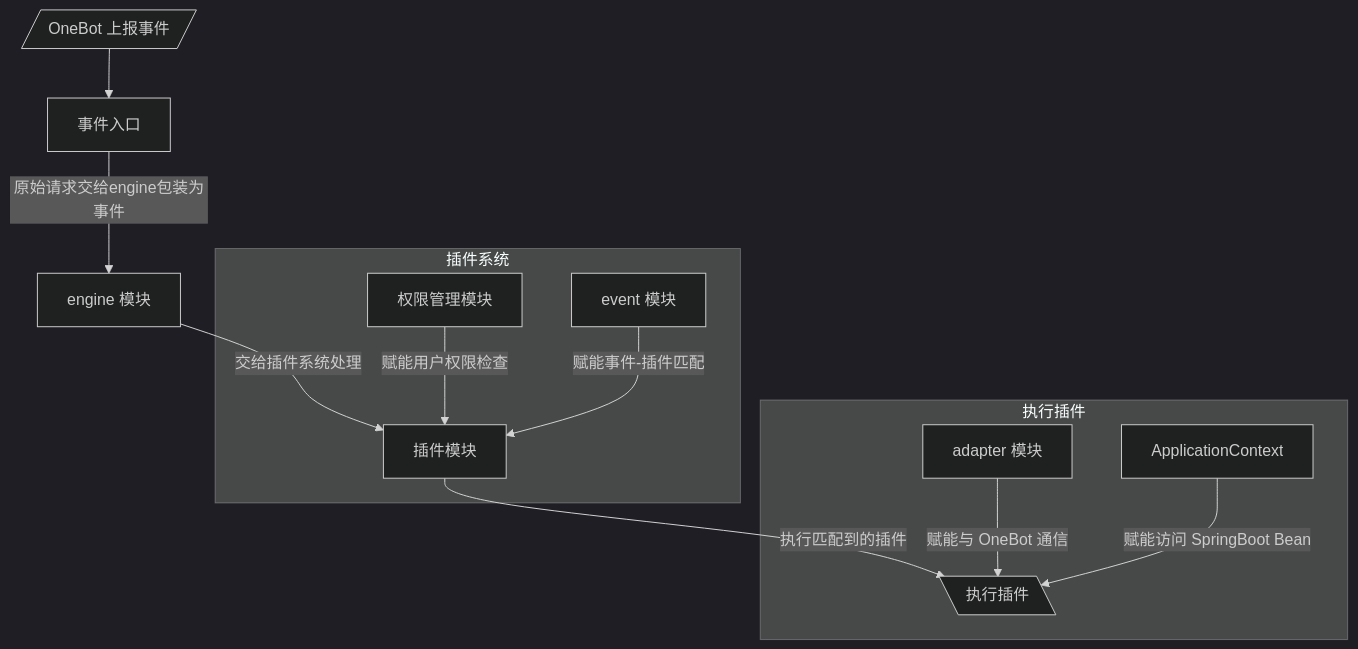
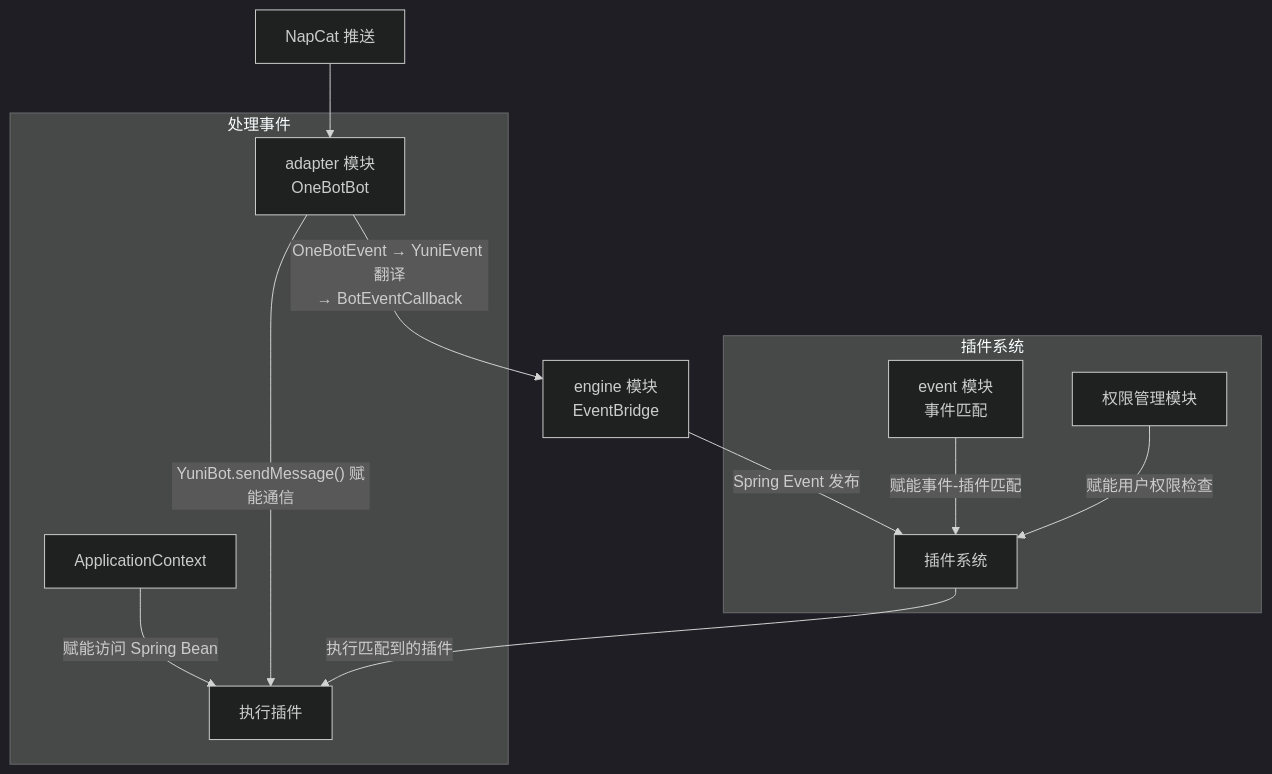
The second of 2 diagrams in README.md (liyuier/Yuni3), drawn with Mermaid (dark theme) before and after one commit. The commit also changed other lines of this file, not shown here.

````diff
--- a/README.md
+++ b/README.md
@@ -50,23 +43,22 @@
   ```mermaid
   flowchart TB
 
-    webapi[事件入口]
-    adapter[adapter 模块]
-    engine[engine 模块]
+    adapter[adapter 模块<br/>OneBotBot]
+    engine[engine 模块<br/>EventBridge]
+    event[event 模块<br/>事件匹配]
+    plugin[插件系统]
     permission[权限管理模块]
-    event[event 模块]
-    plugin[插件模块]
 
-    OneBotEvent@{shape: lean-r, label: OneBot 上报事件} --> webapi
-    webapi --原始请求交给engine包装为事件--> engine
-    engine --交给插件系统处理--> plugin
+    NapCat[NapCat 推送] --> adapter
+    adapter --OneBotEvent → YuniEvent 翻译<br/>→ BotEventCallback--> engine
+    engine --Spring Event 发布--> plugin
     subgraph pluginSystem[插件系统]
       permission --赋能用户权限检查--> plugin
       event --赋能事件-插件匹配--> plugin
     end
-    subgraph executePlugin[执行插件]
-      plugin --执行匹配到的插件--> execute@{ shape: lean-l, label: "执行插件" }
-      adapter --赋能与 OneBot 通信--> execute
-      ApplicationContext --赋能访问 SpringBoot Bean--> execute
+    subgraph handleEvents[处理事件]
+      plugin --执行匹配到的插件--> execute[执行插件]
+      adapter --YuniBot.sendMessage() 赋能通信--> execute
+      ApplicationContext --赋能访问 Spring Bean--> execute
     end
   ```
````
